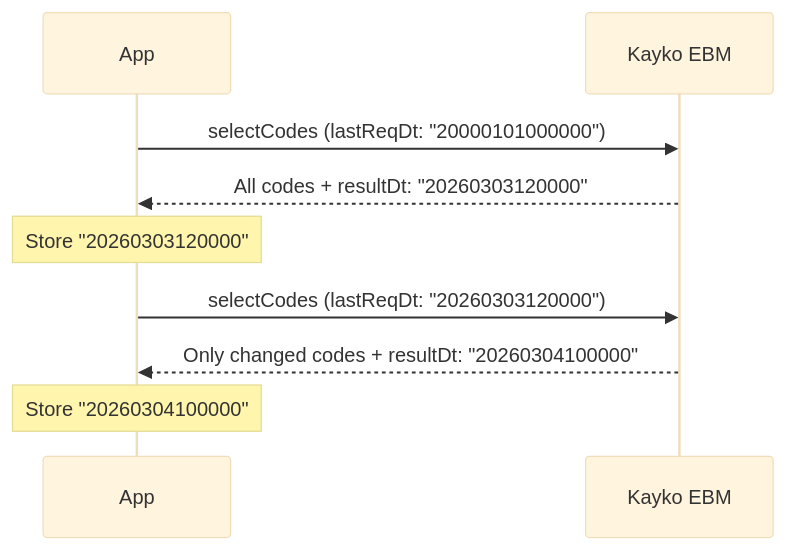
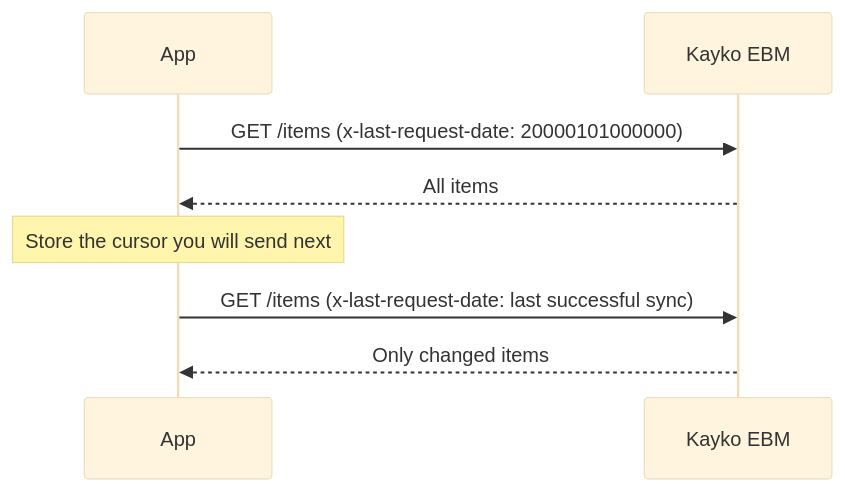
The diagram in concepts/data-sync.mdx (kaykorw/ebm_thirdparty_docs), drawn with Mermaid (base theme) before and after one commit. The commit also changed other lines of this file and 25 other files, not shown here.

````diff
--- a/concepts/data-sync.mdx
+++ b/concepts/data-sync.mdx
@@ -11,13 +13,12 @@
 ```mermaid
 sequenceDiagram
     participant App
     participant EBM as Kayko EBM
 
-    App->>EBM: selectCodes (lastReqDt: "20000101000000")
-    EBM-->>App: All codes + resultDt: "20260303120000"
-    Note over App: Store "20260303120000"
+    App->>EBM: GET /items (x-last-request-date: 20000101000000)
+    EBM-->>App: All items
+    Note over App: Store the cursor you will send next
 
-    App->>EBM: selectCodes (lastReqDt: "20260303120000")
-    EBM-->>App: Only changed codes + resultDt: "20260304100000"
-    Note over App: Store "20260304100000"
+    App->>EBM: GET /items (x-last-request-date: last successful sync)
+    EBM-->>App: Only changed items
 ```
````
